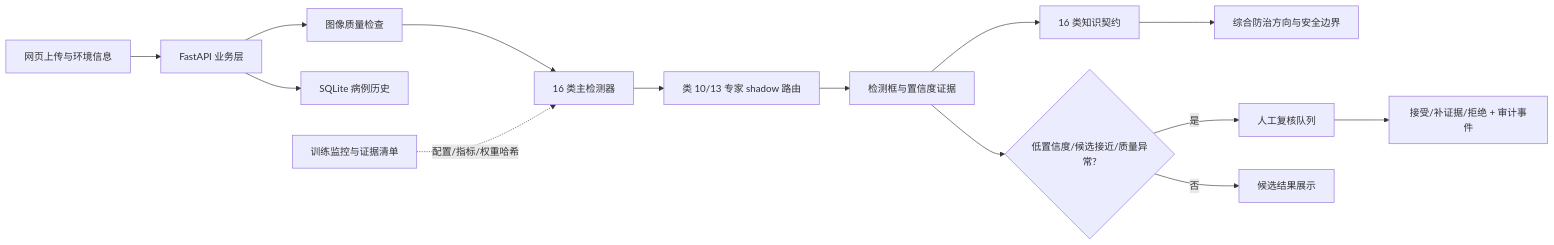
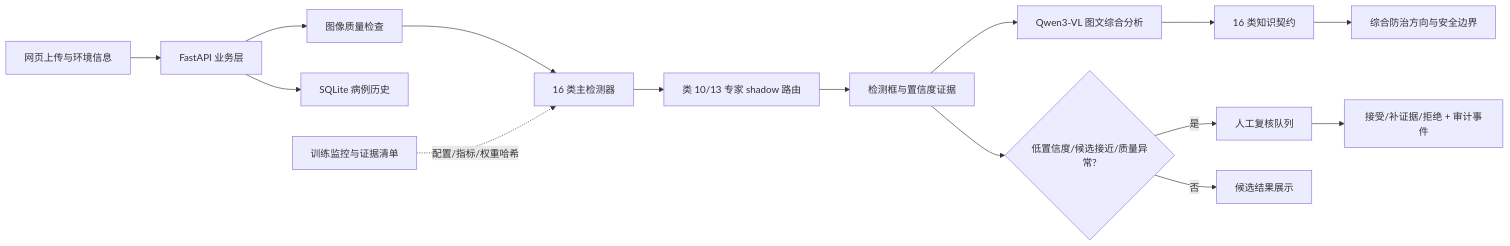
One commit to genghailong8-maker/crop-pest-multimodel-system changed the diagram in docs/competition/architecture-and-innovation.md. Above: the diagram before and after it, drawn with Mermaid. The commit also changed other lines of this file and 22 other files, not shown here.

````diff
--- a/docs/competition/architecture-and-innovation.md
+++ b/docs/competition/architecture-and-innovation.md
@@ -11,16 +11,17 @@
 ```mermaid
 flowchart LR
     A[网页上传与环境信息] --> B[FastAPI 业务层]
     B --> C[图像质量检查]
     C --> D[16 类主检测器]
     D --> E[类 10/13 专家 shadow 路由]
     E --> F[检测框与置信度证据]
-    F --> G[16 类知识契约]
+    F --> V[Qwen3-VL 图文综合分析]
+    V --> G[16 类知识契约]
     G --> H[综合防治方向与安全边界]
     F --> I{低置信度/候选接近/质量异常?}
     I -->|是| J[人工复核队列]
     I -->|否| K[候选结果展示]
     J --> L[接受/补证据/拒绝 + 审计事件]
     B --> M[SQLite 病例历史]
     N[训练监控与证据清单] -.配置/指标/权重哈希.-> D
 ```
````
